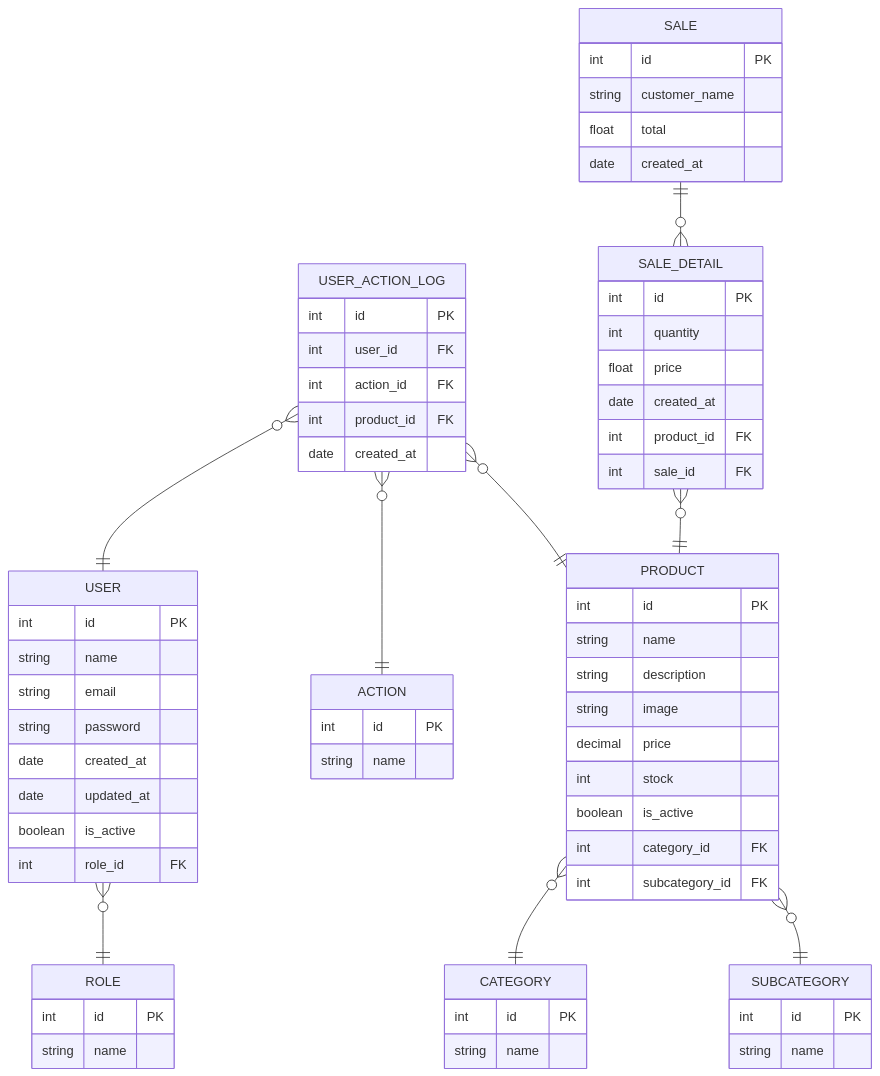
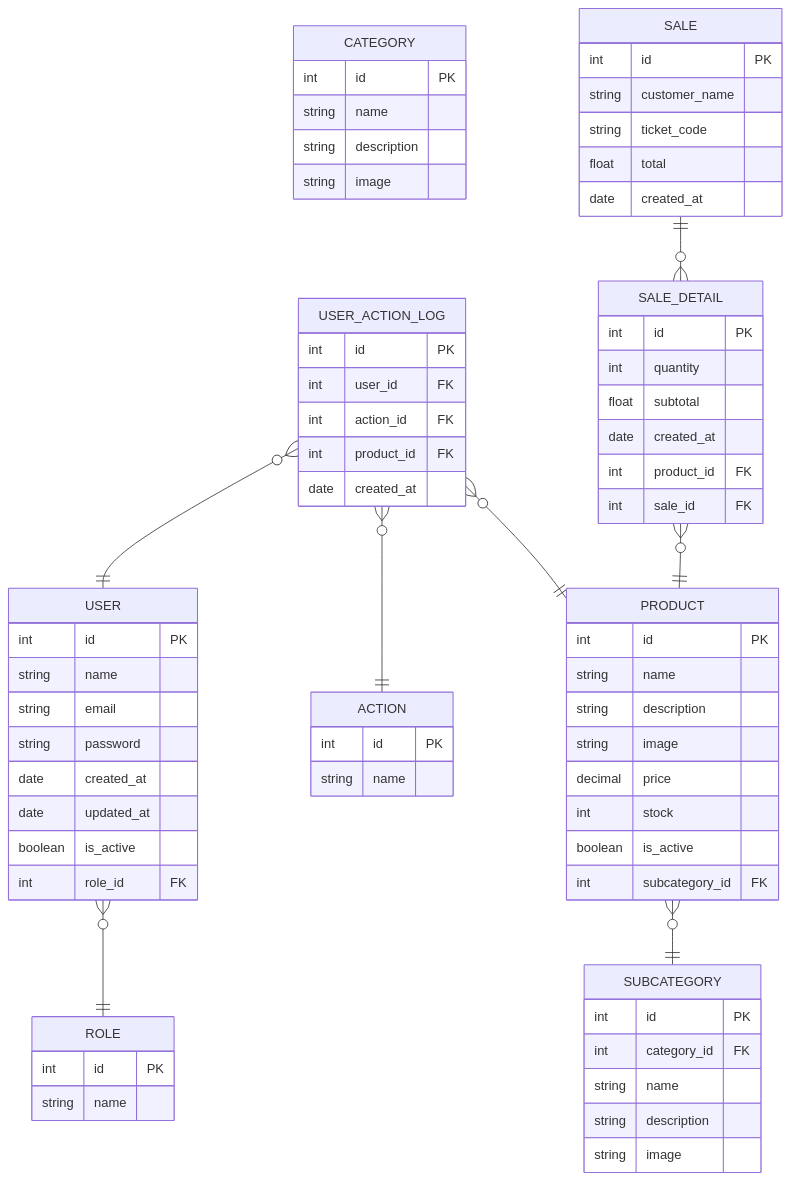
The diagram in README.md (DiegoJavOlivera/duoDinamico.TP), drawn with Mermaid before and after one commit. The commit also changed other lines of this file and 2 other files, not shown here.

````diff
--- a/README.md
+++ b/README.md
@@ -5,70 +495,74 @@
 ```mermaid
 erDiagram
     PRODUCT {
         int id PK
         string name
         string description
         string image
         decimal price
         int stock
         boolean is_active
-        int category_id FK
         int subcategory_id FK
     }
     CATEGORY {
         int id PK
         string name
+        string description
+        string image
     }
     SUBCATEGORY {
         int id PK
+        int category_id FK
         string name
+        string description
+        string image
     }
     USER {
         int id PK
         string name
         string email
         string password
         date created_at
         date updated_at
         boolean is_active
         int role_id FK
     }
     ROLE {
         int id PK
         string name
     }
     ACTION {
         int id PK
         string name
     }
     USER_ACTION_LOG {
         int id PK
         int user_id FK
         int action_id FK
         int product_id FK
         date created_at
     }
     SALE {
         int id PK
         string customer_name
+        string ticket_code
         float total
         date created_at
     }
     SALE_DETAIL {
         int id PK
         int quantity 
-        float price 
+        float subtotal 
         date created_at
         int product_id FK
         int sale_id FK
     }
 
-    PRODUCT }o--|| CATEGORY : ""
     PRODUCT }o--|| SUBCATEGORY : ""
     USER }o--|| ROLE : ""
     USER_ACTION_LOG }o--|| USER : ""
     USER_ACTION_LOG }o--|| ACTION : ""
     USER_ACTION_LOG }o--|| PRODUCT : ""
     SALE ||--o{ SALE_DETAIL : ""
     SALE_DETAIL }o--|| PRODUCT : ""
 ```
````
